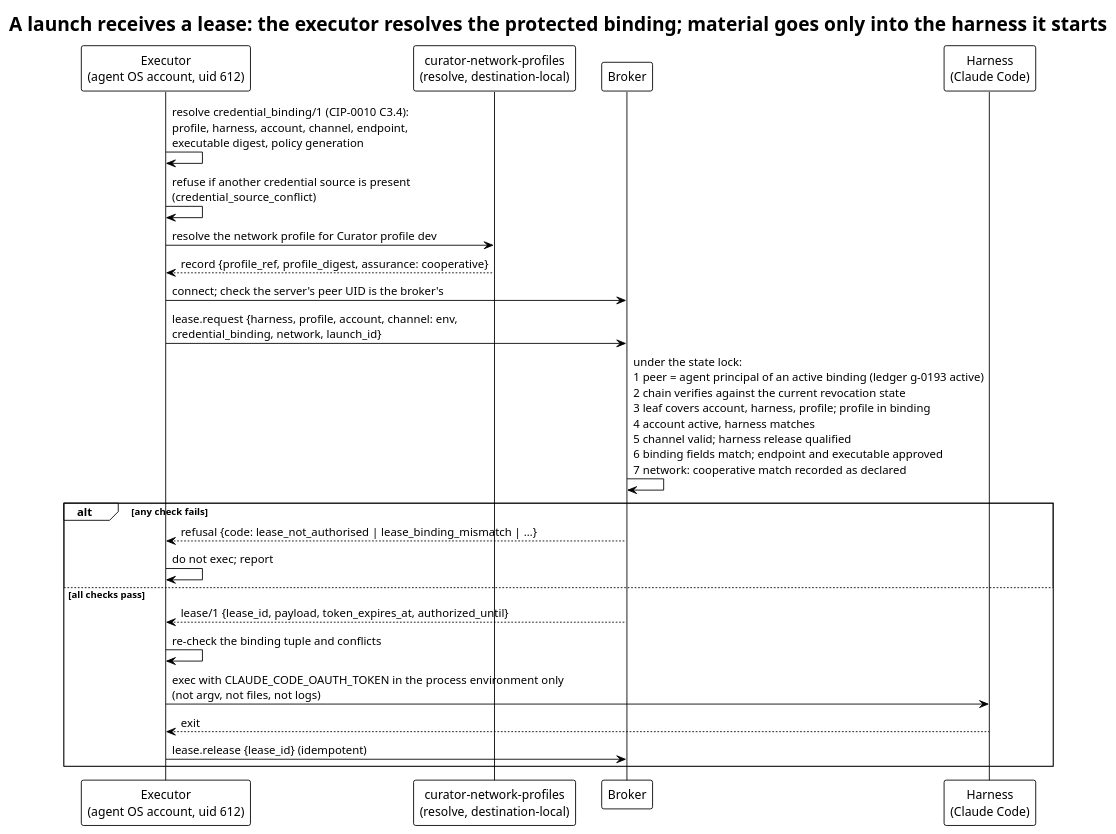
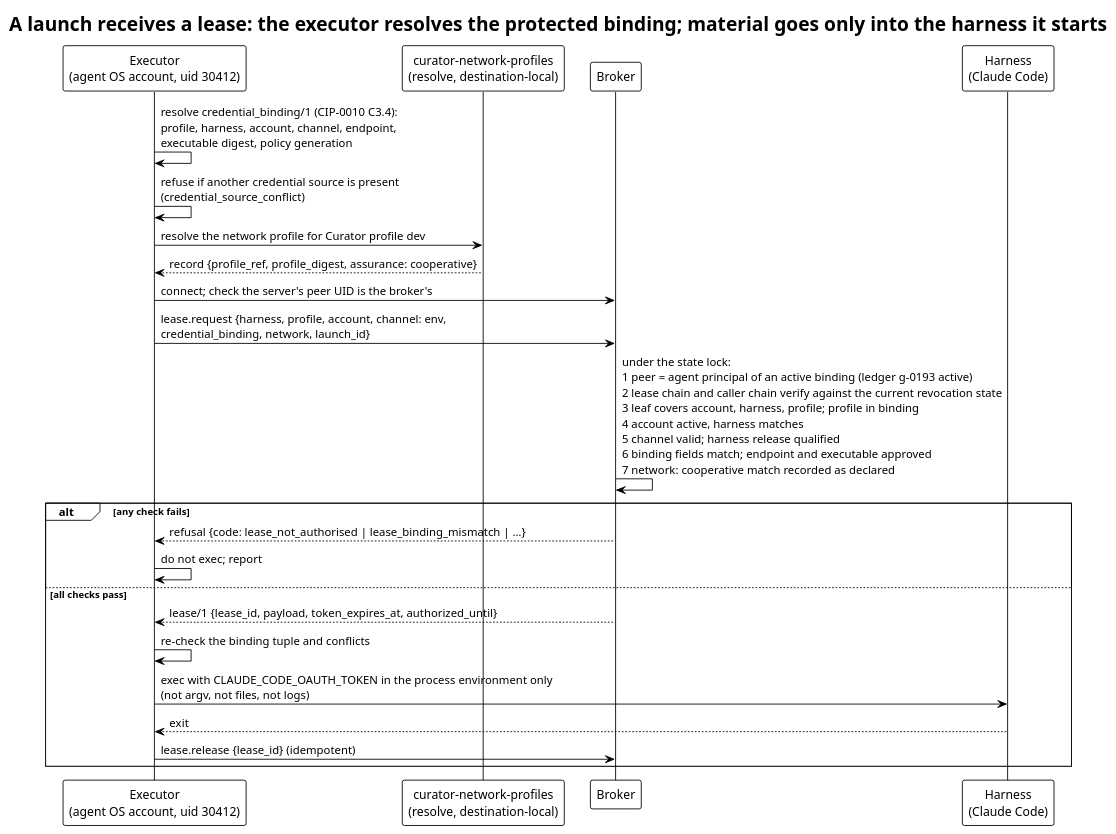
Before and after one commit to relux-works/curator-credential-broker: the diagram in diagrams/lease-at-launch.puml, drawn with PlantUML. The commit also changed 4 other files, not shown here.

```diff
--- a/diagrams/lease-at-launch.puml
+++ b/diagrams/lease-at-launch.puml
@@ -1,27 +1,27 @@
 @startuml lease-at-launch
 !theme plain
 title A launch receives a lease: the executor resolves the protected binding; material goes only into the harness it starts
 
-participant "Executor\n(agent OS account, uid 612)" as E
+participant "Executor\n(agent OS account, uid 30412)" as E
 participant "curator-network-profiles\n(resolve, destination-local)" as N
 participant "Broker" as B
 participant "Harness\n(Claude Code)" as H
 
 E -> E: resolve credential_binding/1 (CIP-0010 C3.4):\nprofile, harness, account, channel, endpoint,\nexecutable digest, policy generation
 E -> E: refuse if another credential source is present\n(credential_source_conflict)
 E -> N: resolve the network profile for Curator profile dev
 N --> E: record {profile_ref, profile_digest, assurance: cooperative}
 E -> B: connect; check the server's peer UID is the broker's
 E -> B: lease.request {harness, profile, account, channel: env,\ncredential_binding, network, launch_id}
-B -> B: under the state lock:\n1 peer = agent principal of an active binding (ledger g-0193 active)\n2 chain verifies against the current revocation state\n3 leaf covers account, harness, profile; profile in binding\n4 account active, harness matches\n5 channel valid; harness release qualified\n6 binding fields match; endpoint and executable approved\n7 network: cooperative match recorded as declared
+B -> B: under the state lock:\n1 peer = agent principal of an active binding (ledger g-0193 active)\n2 lease chain and caller chain verify against the current revocation state\n3 leaf covers account, harness, profile; profile in binding\n4 account active, harness matches\n5 channel valid; harness release qualified\n6 binding fields match; endpoint and executable approved\n7 network: cooperative match recorded as declared
 alt any check fails
   B --> E: refusal {code: lease_not_authorised | lease_binding_mismatch | …}
   E -> E: do not exec; report
 else all checks pass
   B --> E: lease/1 {lease_id, payload, token_expires_at, authorized_until}
   E -> E: re-check the binding tuple and conflicts
   E -> H: exec with CLAUDE_CODE_OAUTH_TOKEN in the process environment only\n(not argv, not files, not logs)
   H --> E: exit
   E -> B: lease.release {lease_id} (idempotent)
 end
 @enduml
```
